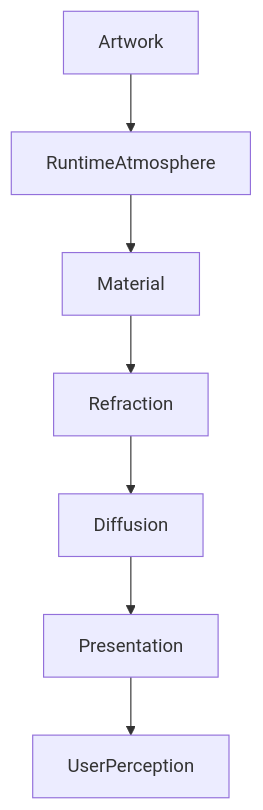
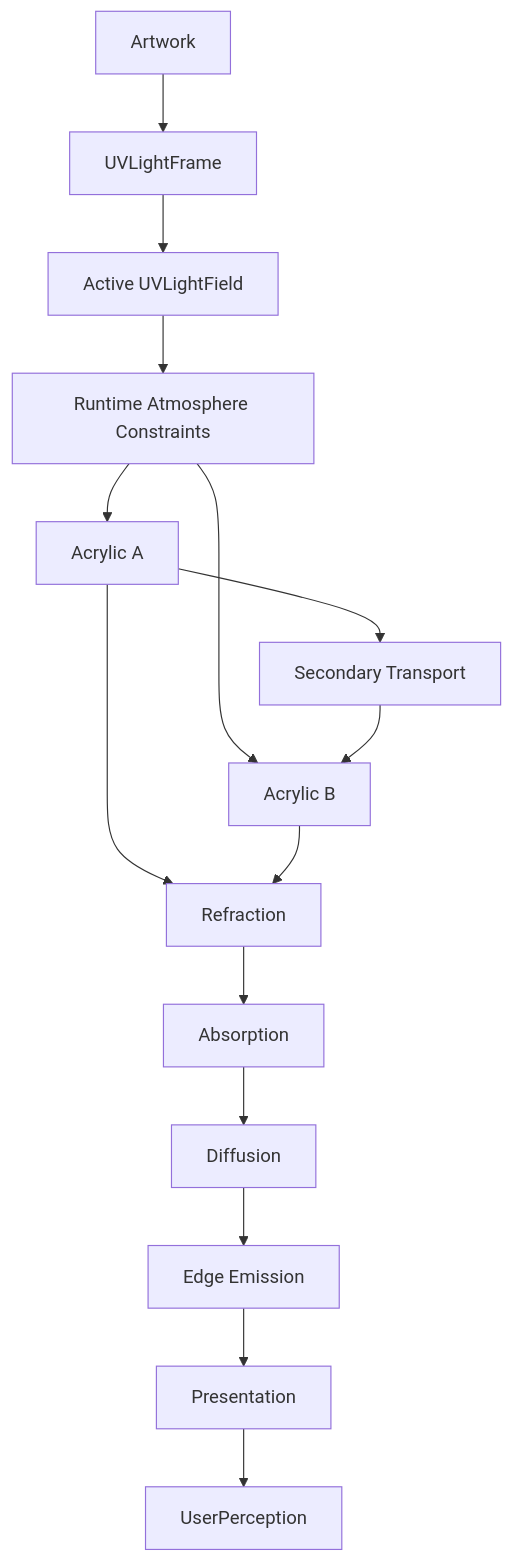
Before and after one commit to mosaic-media/architecture: diagram 11 of 11 in docs/design/system/mds-003-material-system/07-refraction.md, drawn with Mermaid. The commit also changed other lines of this file and 12 other files, not shown here.

Commit message:
docs(mds-003): define refraction architecture

````diff
--- a/docs/design/system/mds-003-material-system/07-refraction.md
+++ b/docs/design/system/mds-003-material-system/07-refraction.md
@@ -490,12 +734,20 @@
 ```mermaid
 flowchart TD
 
 Artwork
-Artwork --> RuntimeAtmosphere
-RuntimeAtmosphere --> Material
-Material --> Refraction
-Refraction --> Diffusion
-Diffusion --> Presentation
+Artwork --> Frame["UVLightFrame"]
+Frame --> Field["Active UVLightField"]
+Field --> RuntimeAtmosphere["Runtime Atmosphere Constraints"]
+RuntimeAtmosphere --> AcrylicA["Acrylic A"]
+RuntimeAtmosphere --> AcrylicB["Acrylic B"]
+AcrylicA --> SecondaryTransport["Secondary Transport"]
+SecondaryTransport --> AcrylicB
+AcrylicA --> Refraction
+AcrylicB --> Refraction
+Refraction --> Absorption
+Absorption --> Diffusion
+Diffusion --> EdgeEmission["Edge Emission"]
+EdgeEmission --> Presentation
 Presentation
 Presentation --> UserPerception
 ```
````
